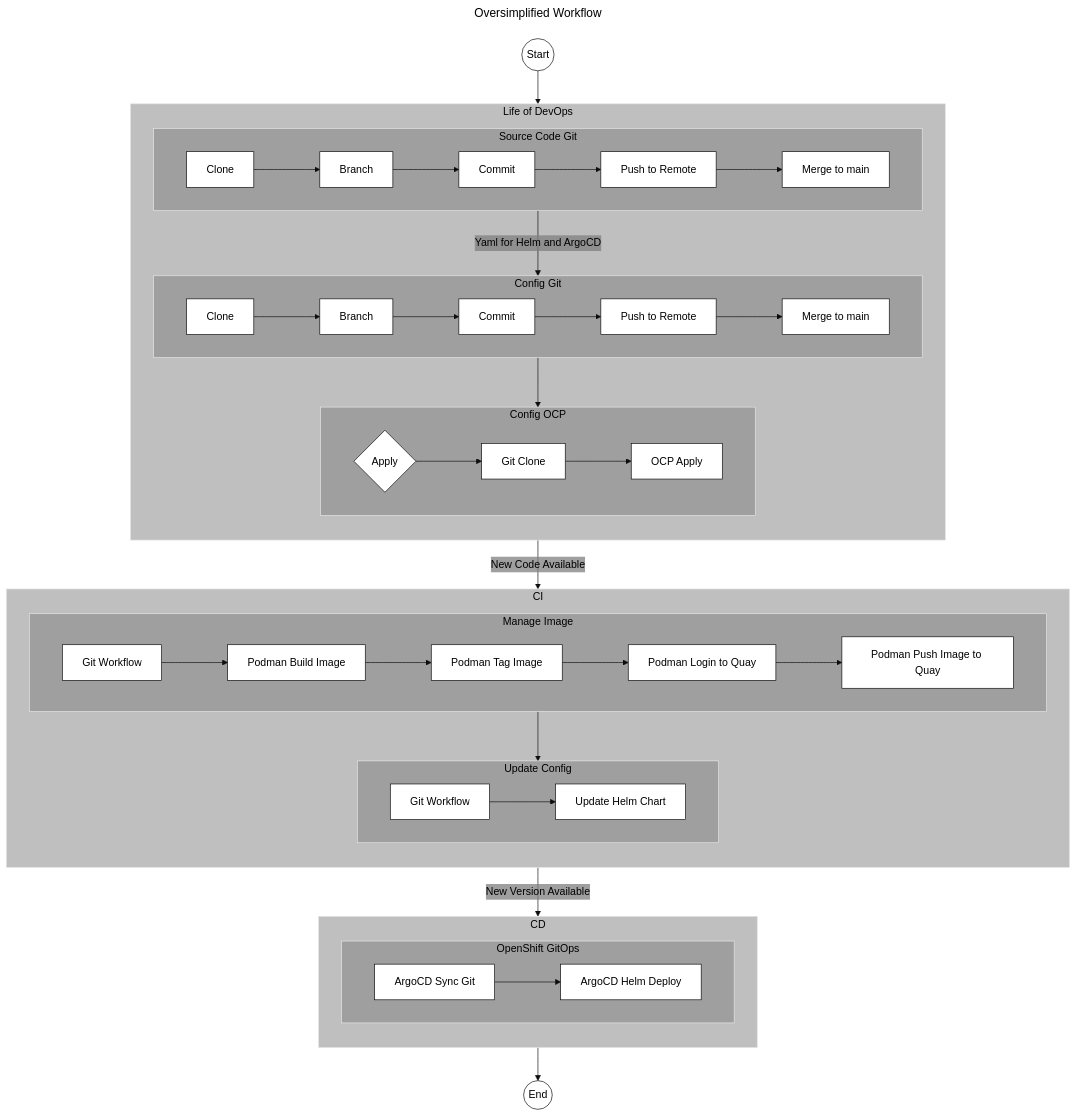
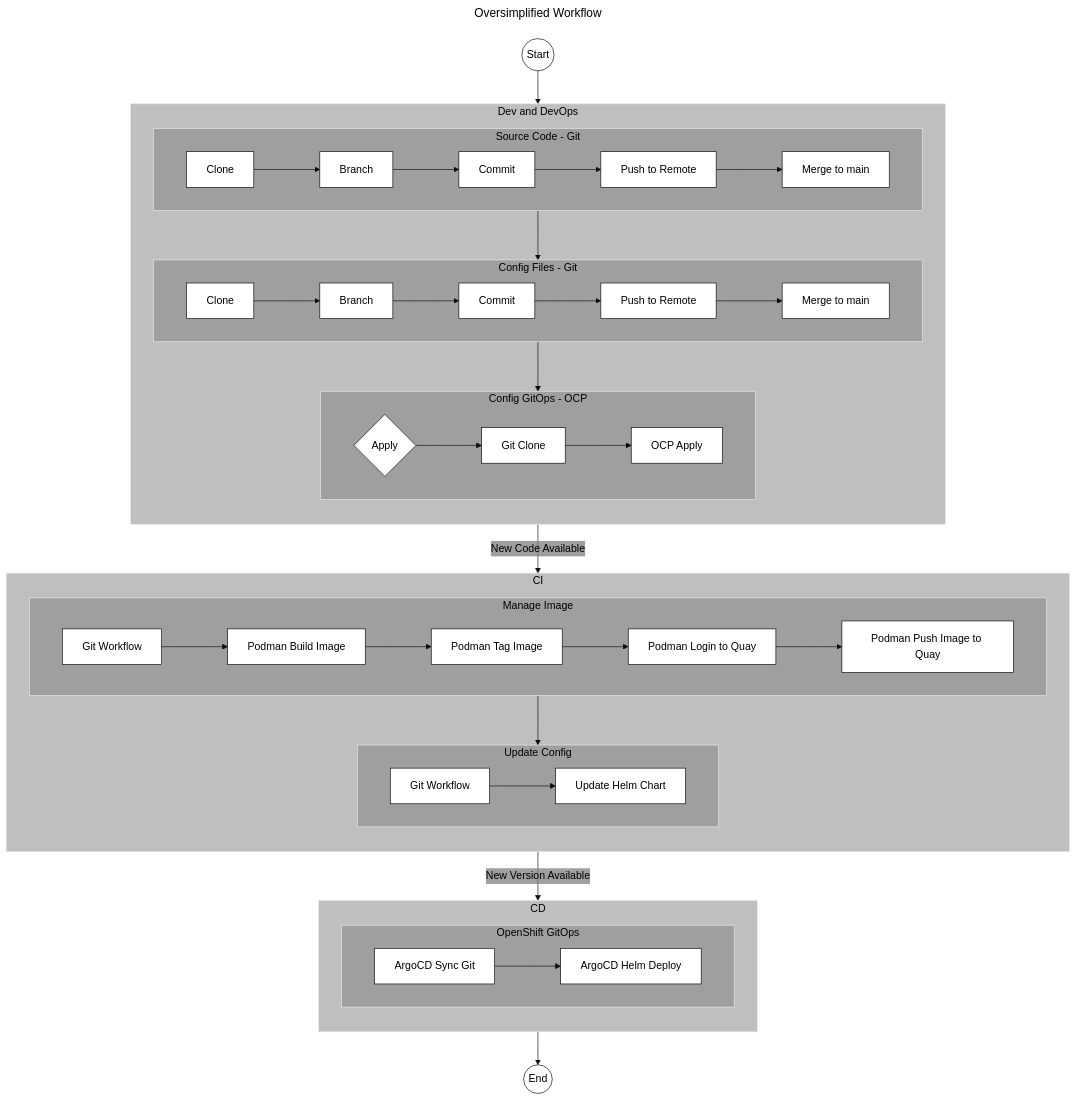
The diagram in README.md (ppremru/xyz-app), drawn with Mermaid before and after one commit.

````diff
--- a/README.md
+++ b/README.md
@@ -41,69 +41,69 @@
 ```mermaid
 ---
 title: Oversimplified Workflow
 config:
   theme: 'base'
   themeVariables:
     primaryColor: '#FFFFFFFF'
     primaryTextColor: '#000000'
     primaryBorderColor: '#0c0909ff'
     clusterBkg: '#80808080'
     lineColor: '#0e0d0dff'
     secondaryColor: '#80808080'
 ---
 flowchart TB
-    subgraph 0[Life of DevOps]
+    subgraph 0[Dev and DevOps]
         direction TB
-        subgraph s[Source Code Git]
+        subgraph s[Source Code - Git]
             direction LR
             s1[Clone] --> s2[Branch]
             s2 --> s3[Commit]
             s3 --> s4[Push to Remote]
             s4 --> s5[Merge to main]
         end
-        subgraph c[Config Git]
+        subgraph c[Config Files - Git]
             direction LR
             c1[Clone] --> c2[Branch]
             c2 --> c3[Commit]
             c3 --> c4[Push to Remote]
             c4 --> c5[Merge to main]
         end
-        s -- "Yaml for Helm and ArgoCD" --> c
-        subgraph x[Config OCP]
+        s --> c
+        subgraph x[Config GitOps - OCP]
             direction LR
             x0{Apply} --> x1[Git Clone]
             x1 --> x2[OCP Apply]
         end
         c --> x
     end
 
     subgraph 1[CI]
         direction TB
         subgraph buildimage[Manage Image]
             direction LR
             buildimage0[Git Workflow] --> buildimage1[Podman Build Image]
             buildimage1 --> buildimage2[Podman Tag Image]
             buildimage2 --> buildimage3[Podman Login to Quay]
             buildimage3 --> buildimage4[Podman Push Image to Quay]
         end
         subgraph updateconfig[Update Config]
             direction LR
             updateimage0[Git Workflow] --> updateimage1[Update Helm Chart]
         end
         buildimage --> updateconfig
     end
 
 
     subgraph 2[CD]
         direction TB
         subgraph OCP[OpenShift GitOps]
             direction LR
             OCP1[ArgoCD Sync Git] --> OCP2[ArgoCD Helm Deploy]
         end
     end
 
     Start((Start)) --> 0
     0 -- "New Code Available" --> 1
     1 -- "New Version Available" --> 2
     2 --> End((End))
 ```
````
